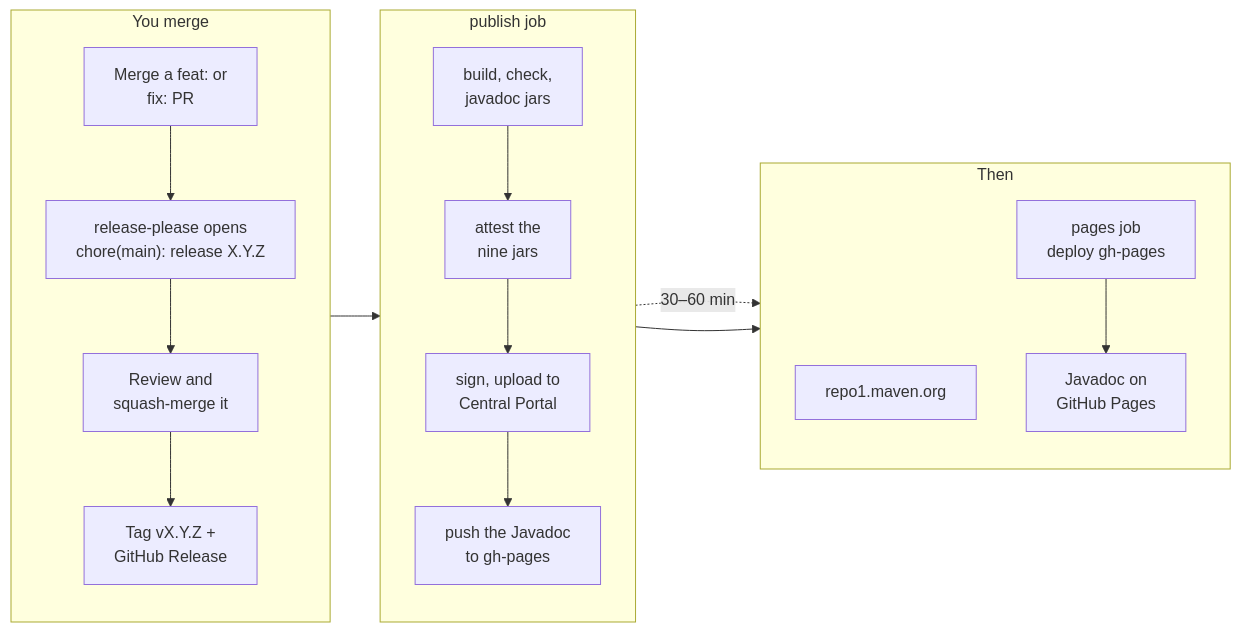
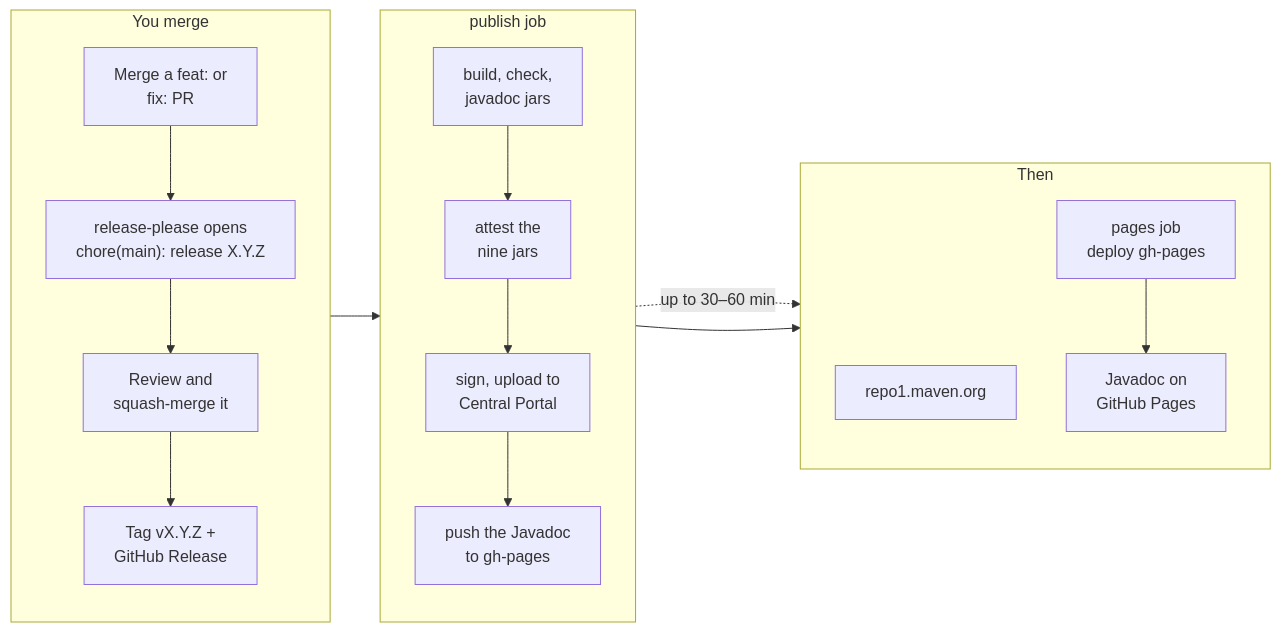
The diagram in RELEASING.md (brantunger/unruly-engine), drawn with Mermaid before and after one commit. The commit also changed other lines of this file and 1 other file, not shown here.

````diff
--- a/RELEASING.md
+++ b/RELEASING.md
@@ -26,23 +26,23 @@
 ```mermaid
 flowchart LR
     subgraph merge["You merge"]
         direction TB
         A["Merge a feat: or<br/>fix: PR"] --> B["release-please opens<br/>chore(main): release X.Y.Z"]
         B --> C["Review and<br/>squash-merge it"]
         C --> D["Tag vX.Y.Z +<br/>GitHub Release"]
     end
     subgraph publish["publish job"]
         direction TB
         E["build, check,<br/>javadoc jars"] --> V["attest the<br/>nine jars"]
         V --> F["sign, upload to<br/>Central Portal"]
         F --> J["push the Javadoc<br/>to gh-pages"]
     end
     subgraph after["Then"]
         direction TB
         G["repo1.maven.org"]
         P["pages job<br/>deploy gh-pages"] --> H["Javadoc on<br/>GitHub Pages"]
     end
     D --> E
-    F -. "30–60 min" .-> G
+    F -. "up to 30–60 min" .-> G
     J --> P
 ```
````
